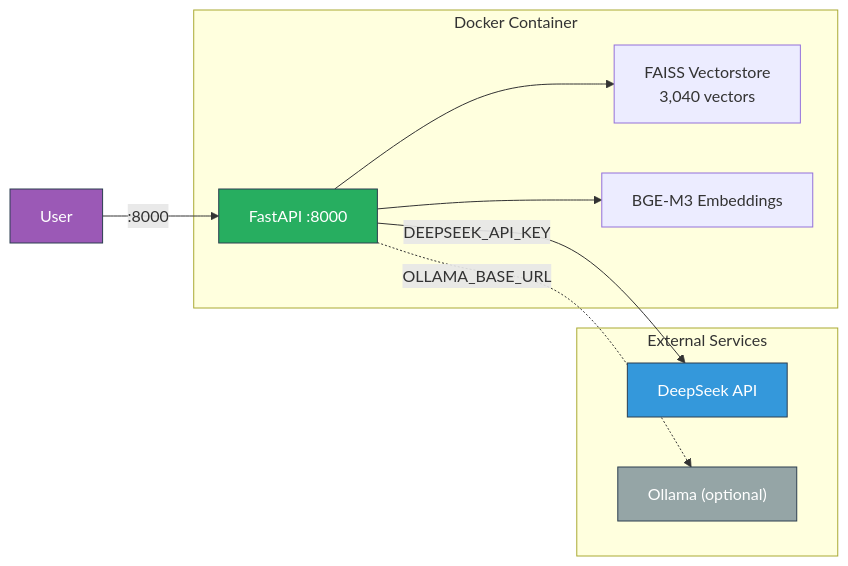
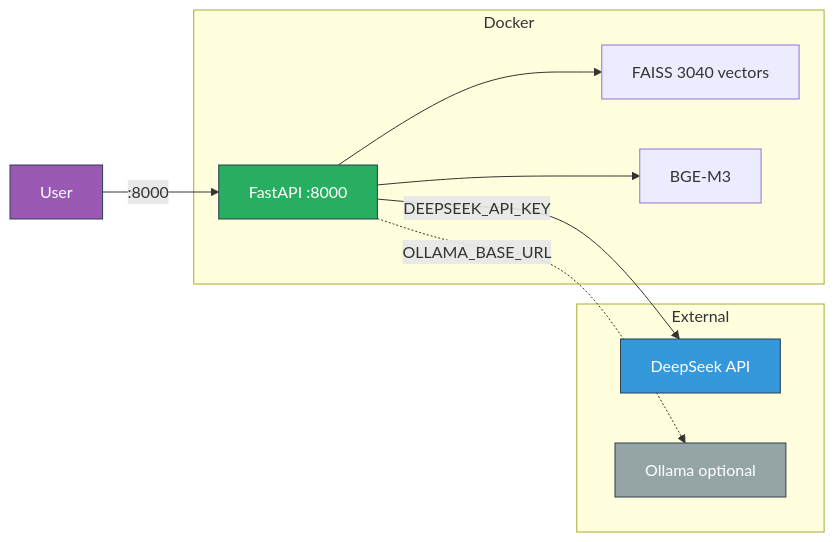
One commit to yughiyami/rag_medicinal_plants changed the sixth of 8 diagrams in README.md. Above: the diagram before and after it, drawn with Mermaid. The commit also changed other lines of this file, not shown here.

Commit message:
fix: use ASCII-only chars in Mermaid diagrams for GitHub rendering

````diff
--- a/README.md
+++ b/README.md
@@ -220,24 +204,24 @@
 ```mermaid
 graph LR
-    subgraph "Docker Container"
-        APP["FastAPI :8000"]
-        VS["FAISS Vectorstore<br/>3,040 vectors"]
-        BGE["BGE-M3 Embeddings"]
+    subgraph Docker
+        APP[FastAPI :8000]
+        VS[FAISS 3040 vectors]
+        BGE[BGE-M3]
         APP --> VS
         APP --> BGE
     end
 
-    subgraph "External Services"
-        DS["DeepSeek API"]
-        OL["Ollama (optional)"]
+    subgraph External
+        DS[DeepSeek API]
+        OL[Ollama optional]
     end
 
-    APP -->|"DEEPSEEK_API_KEY"| DS
-    APP -.->|"OLLAMA_BASE_URL"| OL
-    U["User"] -->|":8000"| APP
+    APP -- DEEPSEEK_API_KEY --> DS
+    APP -. OLLAMA_BASE_URL .-> OL
+    U[User] -- ":8000" --> APP
 
     style APP fill:#27ae60,stroke:#2c3e50,color:#fff
     style DS fill:#3498db,stroke:#2c3e50,color:#fff
     style OL fill:#95a5a6,stroke:#2c3e50,color:#fff
     style U fill:#9b59b6,stroke:#2c3e50,color:#fff
 ```
````
